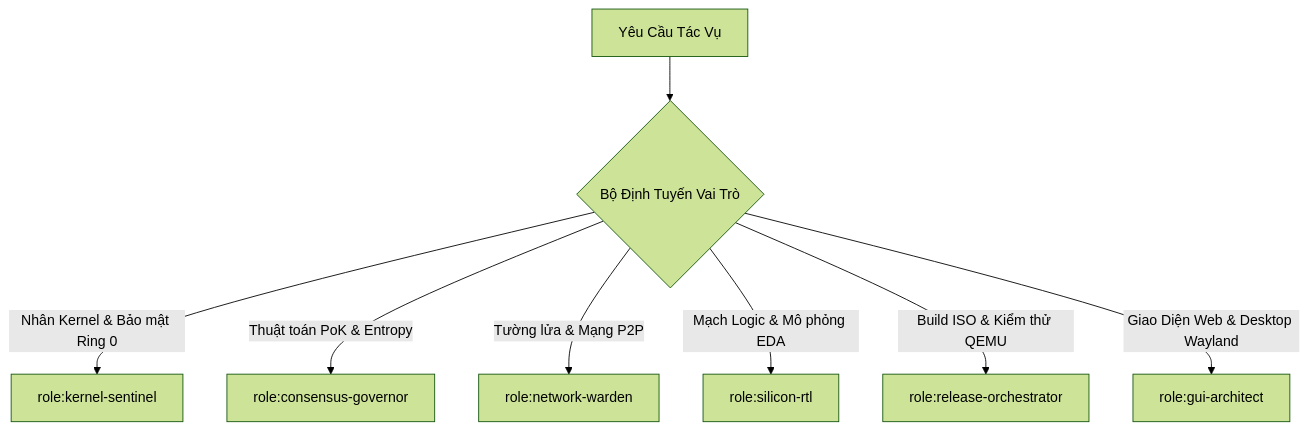
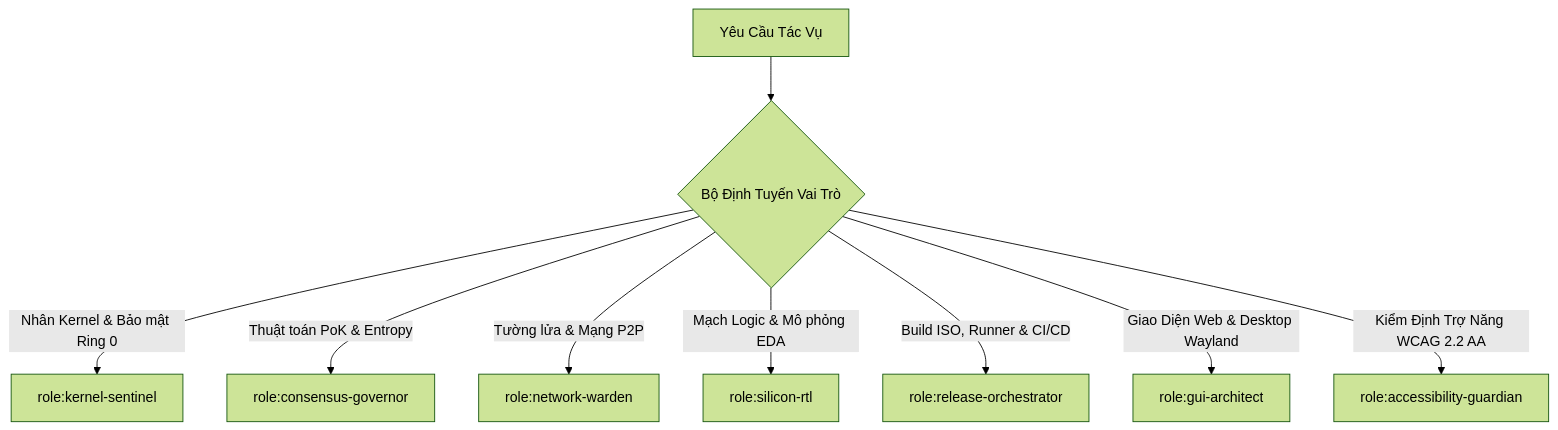
Before and after one commit to wikialisa/wikialisa: the diagram in AGENT.md, drawn with Mermaid (forest theme). The commit also changed other lines of this file and 24 other files, not shown here.

````diff
--- a/AGENT.md
+++ b/AGENT.md
@@ -26,10 +26,11 @@
 ```mermaid
 flowchart TD
     Task["Yêu Cầu Tác Vụ"] --> Router{"Bộ Định Tuyến Vai Trò"}
     Router -->|Nhân Kernel & Bảo mật Ring 0| R1["role:kernel-sentinel"]
     Router -->|Thuật toán PoK & Entropy| R2["role:consensus-governor"]
     Router -->|Tường lửa & Mạng P2P| R3["role:network-warden"]
     Router -->|Mạch Logic & Mô phỏng EDA| R4["role:silicon-rtl"]
-    Router -->|Build ISO & Kiểm thử QEMU| R5["role:release-orchestrator"]
+    Router -->|Build ISO, Runner & CI/CD| R5["role:release-orchestrator"]
     Router -->|Giao Diện Web & Desktop Wayland| R6["role:gui-architect"]
+    Router -->|Kiểm Định Trợ Năng WCAG 2.2 AA| R7["role:accessibility-guardian"]
 ```
````
